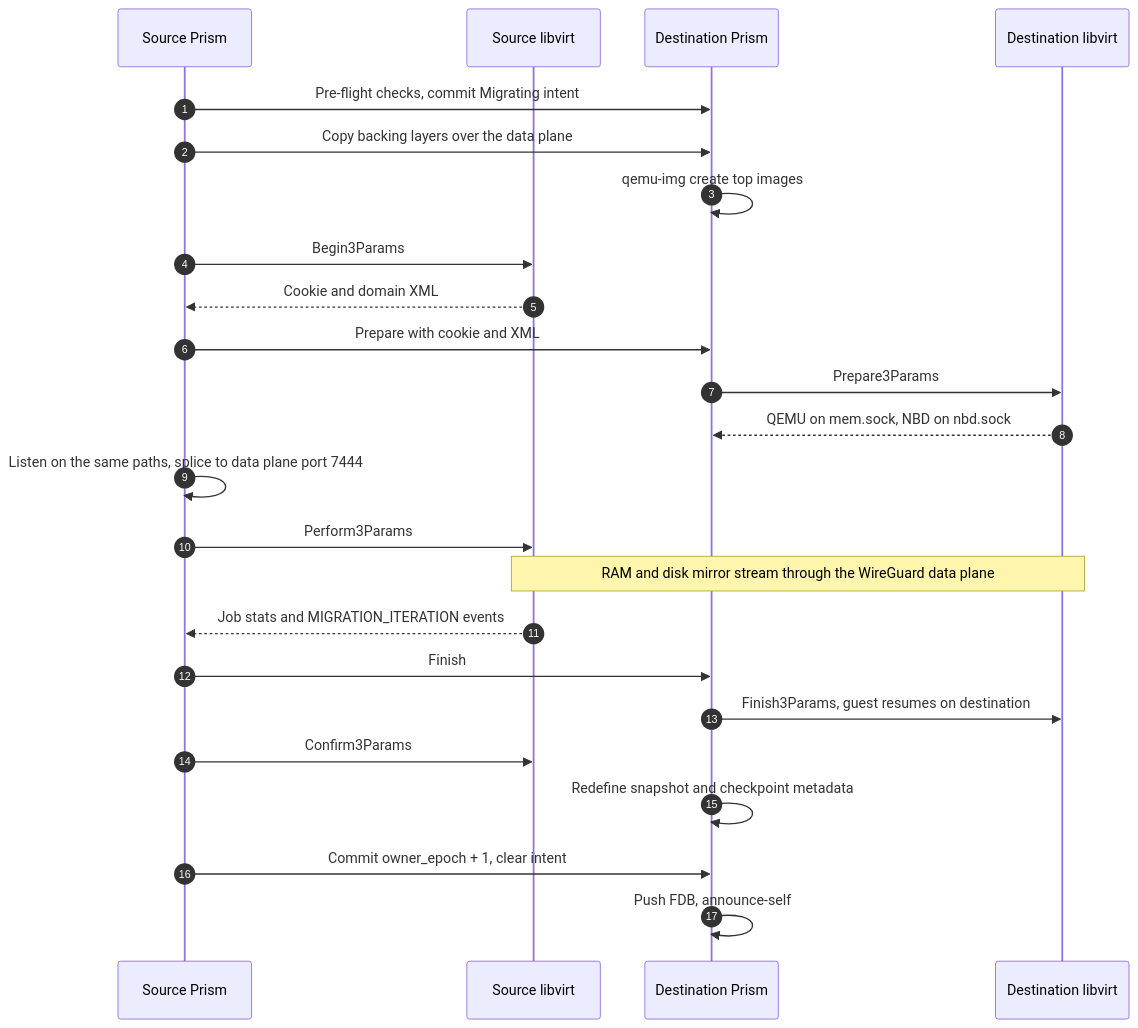
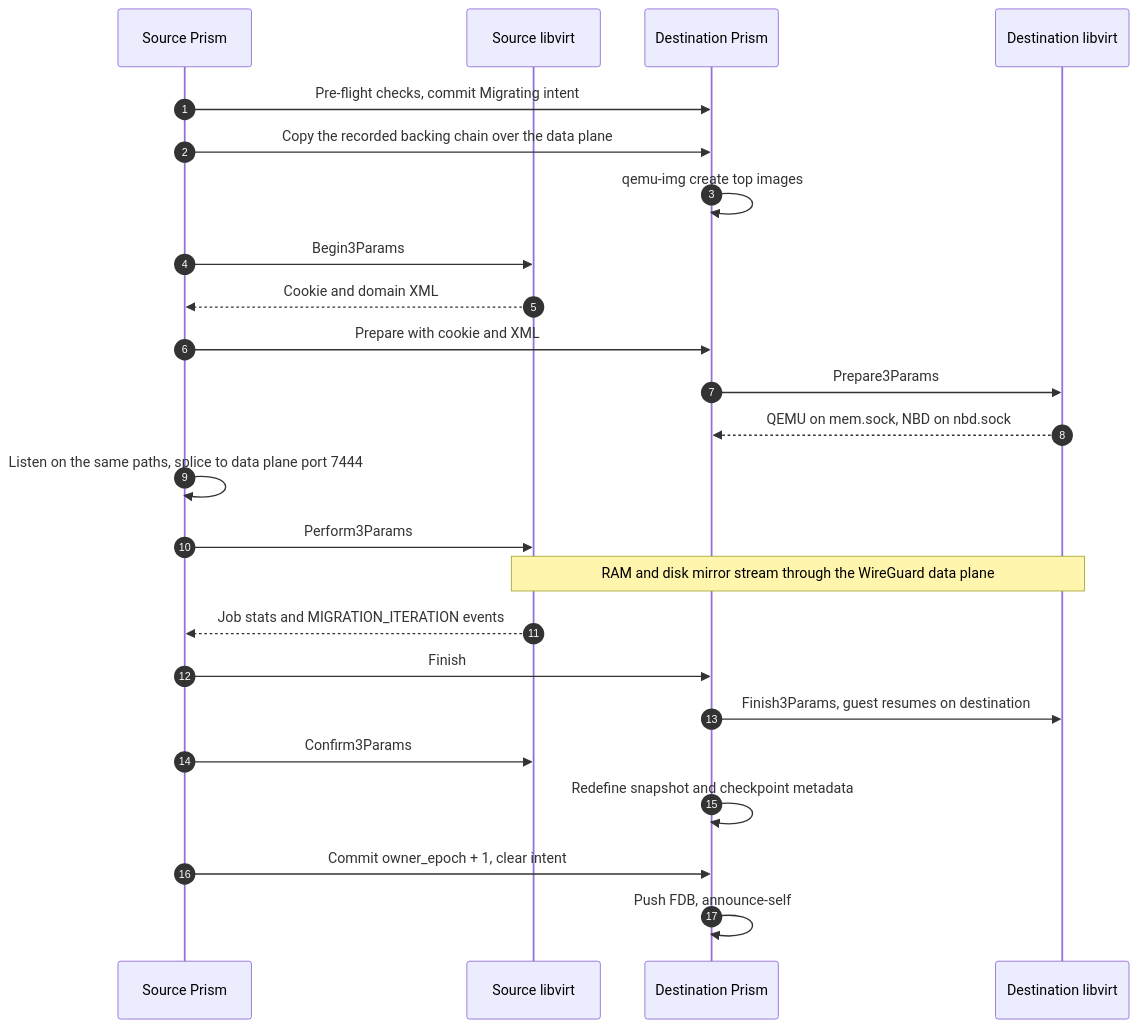
Before and after one commit to brenfwd/prism: the seventh of 10 diagrams in docs/DESIGN.md, drawn with Mermaid. The commit also changed other lines of this file, not shown here.

````diff
--- a/docs/DESIGN.md
+++ b/docs/DESIGN.md
@@ -592,26 +952,26 @@
 ```mermaid
 sequenceDiagram
     autonumber
     participant SP as Source Prism
     participant SL as Source libvirt
     participant DP as Destination Prism
     participant DL as Destination libvirt
     SP->>DP: Pre-flight checks, commit Migrating intent
-    SP->>DP: Copy backing layers over the data plane
+    SP->>DP: Copy the recorded backing chain over the data plane
     DP->>DP: qemu-img create top images
     SP->>SL: Begin3Params
     SL-->>SP: Cookie and domain XML
     SP->>DP: Prepare with cookie and XML
     DP->>DL: Prepare3Params
     DL-->>DP: QEMU on mem.sock, NBD on nbd.sock
     SP->>SP: Listen on the same paths, splice to data plane port 7444
     SP->>SL: Perform3Params
     Note over SL,DL: RAM and disk mirror stream through the WireGuard data plane
     SL-->>SP: Job stats and MIGRATION_ITERATION events
     SP->>DP: Finish
     DP->>DL: Finish3Params, guest resumes on destination
     SP->>SL: Confirm3Params
     DP->>DP: Redefine snapshot and checkpoint metadata
     SP->>DP: Commit owner_epoch + 1, clear intent
     DP->>DP: Push FDB, announce-self
 ```
````
